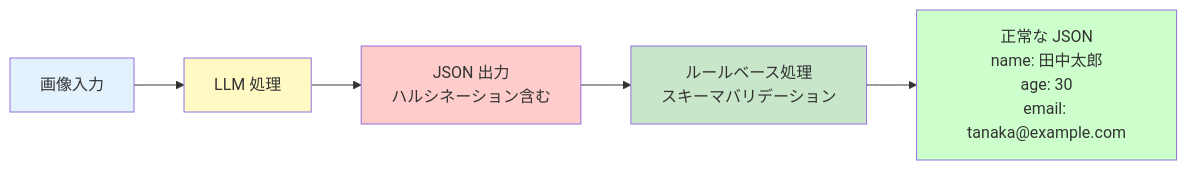
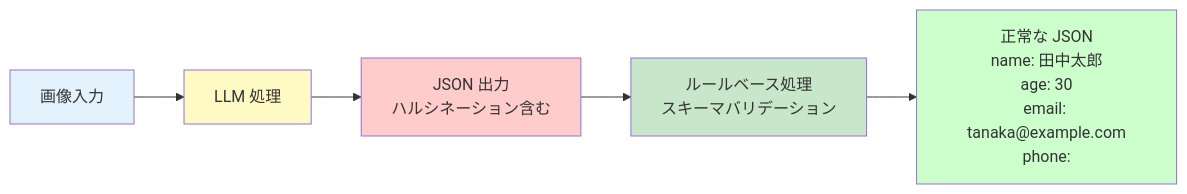
One commit to danny-yamamoto/zenn-docs changed the second of 2 diagrams in articles/841c69200fe108.md. Above: the diagram before and after it, drawn with Mermaid. The commit also changed other lines of this file, not shown here.

````diff
--- a/articles/841c69200fe108.md
+++ b/articles/841c69200fe108.md
@@ -69,13 +69,13 @@
 ```mermaid
 graph LR
     A[画像入力] --> B[LLM 処理]
     B --> C[JSON 出力<br/>ハルシネーション含む]
     C --> D[ルールベース処理<br/>スキーマバリデーション]
-    D --> E[正常な JSON<br/>name: 田中太郎<br/>age: 30<br/>email: tanaka@example.com]
+    D --> E[正常な JSON<br/>name: 田中太郎<br/>age: 30<br/>email: tanaka@example.com<br/>phone:]
 
     style A fill:#e3f2fd
     style B fill:#fff9c4
     style C fill:#ffcccc
     style D fill:#c8e6c9
     style E fill:#ccffcc
 ```
````
